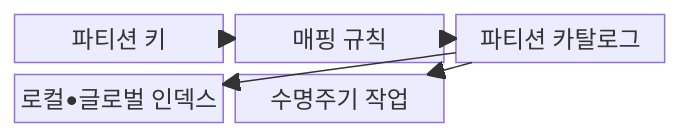
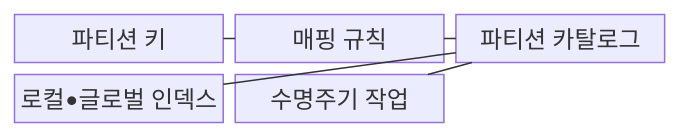
The first of 2 diagrams in src/content/docs/notes/03-software/098_partitioning.md (agnusdei1207/knowledge-base), drawn with Mermaid before and after one commit. The commit also changed other lines of this file and 493 other files, not shown here.

````diff
--- a/src/content/docs/notes/03-software/098_partitioning.md
+++ b/src/content/docs/notes/03-software/098_partitioning.md
@@ -69,13 +69,13 @@
 ```mermaid
 block-beta
   columns 3
   K["파티션 키"]
   M["매핑 규칙"]
   C["파티션 카탈로그"]
   I["로컬•글로벌 인덱스"]
   L["수명주기 작업"]
-  K --> M
-  M --> C
-  C --> I
-  C --> L
+  K --- M
+  M --- C
+  C --- I
+  C --- L
 ```
````
